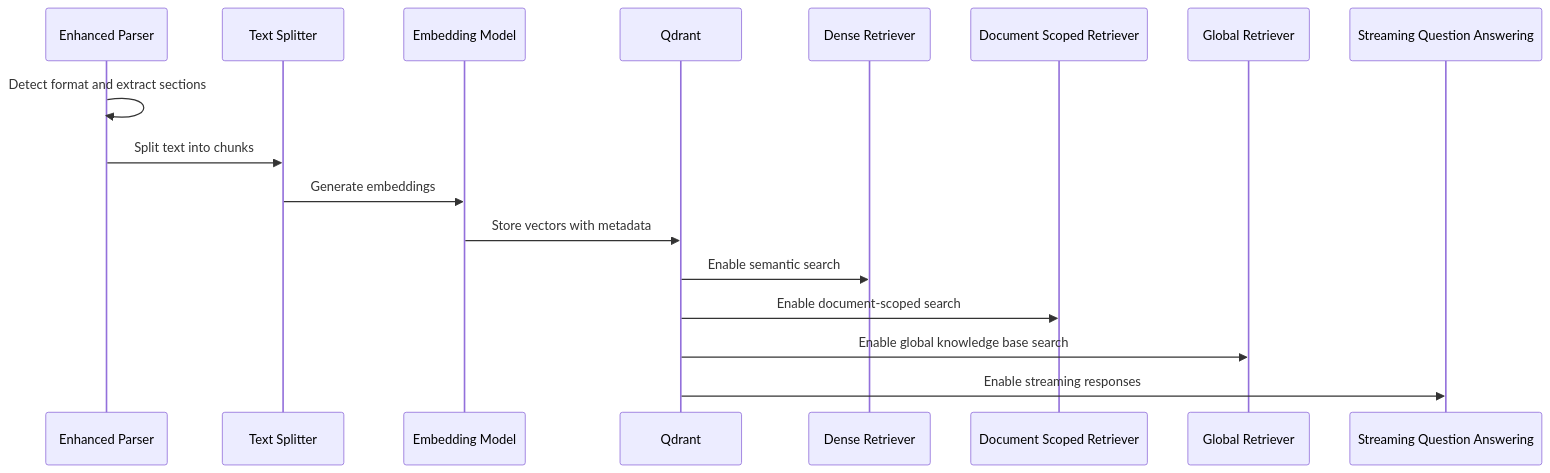
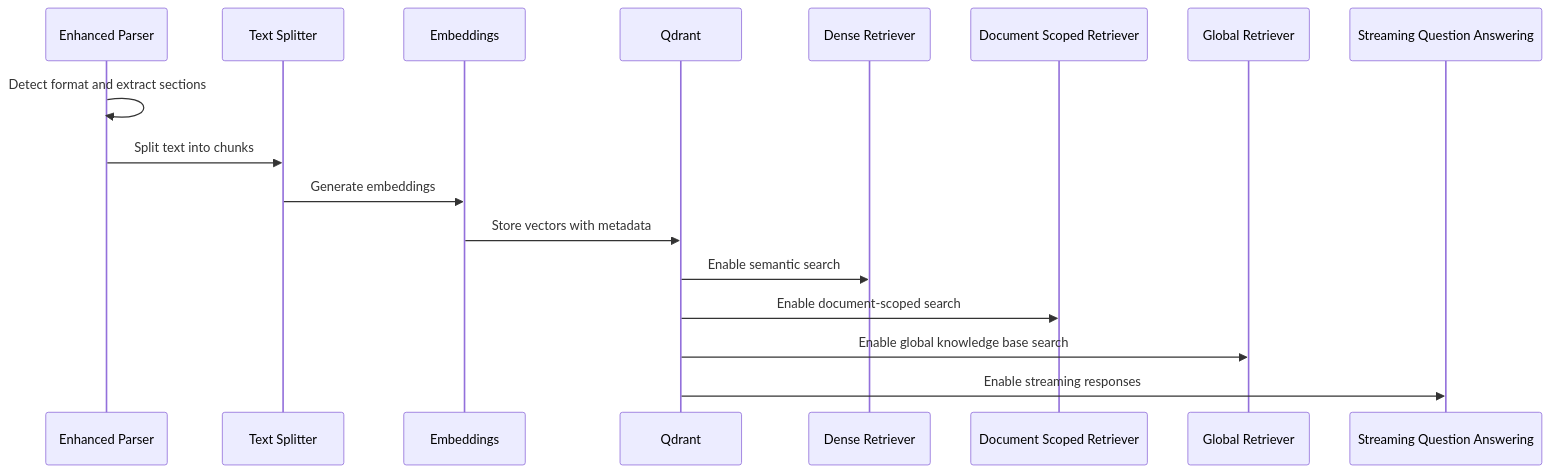
Before and after one commit to ognelis/cafetera_hr_bot: diagram 16 of 26 in .qoder/repowiki/en/content/Document Management System.md, drawn with Mermaid. The commit also changed other lines of this file and 25 other files, not shown here.

````diff
--- a/.qoder/repowiki/en/content/Document Management System.md
+++ b/.qoder/repowiki/en/content/Document Management System.md
@@ -1758,19 +1806,19 @@
 ```mermaid
 sequenceDiagram
 participant Parser as Enhanced Parser
 participant Splitter as Text Splitter
-participant Embedder as Embedding Model
+participant Embedder as Embeddings
 participant VectorDB as Qdrant
 participant DenseRetriever as Dense Retriever
 participant DocScopedRetriever as Document Scoped Retriever
 participant GlobalRetriever as Global Retriever
 participant StreamingQA as Streaming Question Answering
 Parser->>Parser : Detect format and extract sections
 Parser->>Splitter : Split text into chunks
 Splitter->>Embedder : Generate embeddings
 Embedder->>VectorDB : Store vectors with metadata
 VectorDB->>DenseRetriever : Enable semantic search
 VectorDB->>DocScopedRetriever : Enable document-scoped search
 VectorDB->>GlobalRetriever : Enable global knowledge base search
 VectorDB->>StreamingQA : Enable streaming responses
 ```
````
